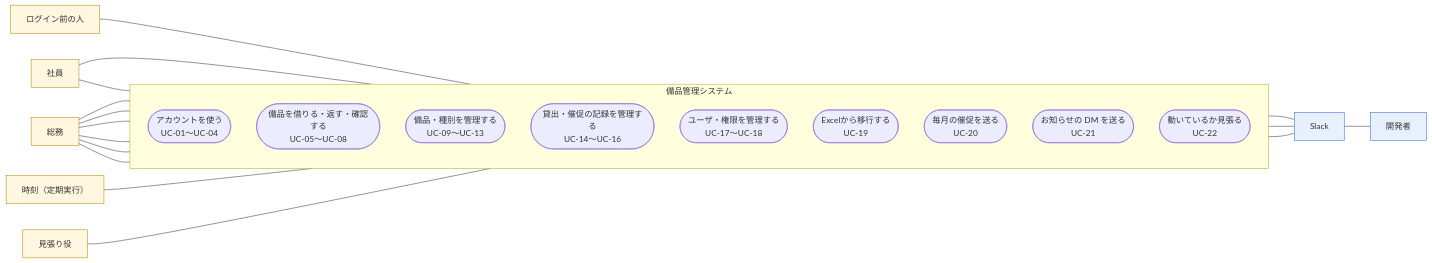
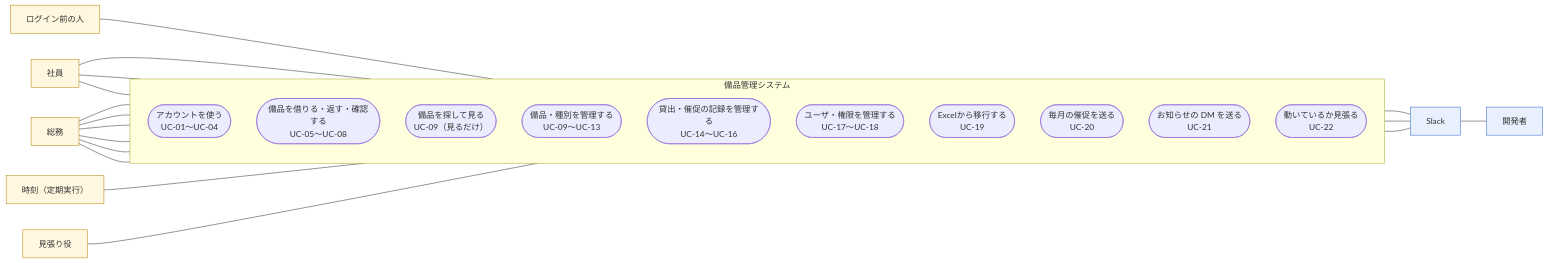
Before and after one commit to sekiyak611/EquipmentManagementSystem_Document: the first of 4 diagrams in externaldesign/ユースケース図.md, drawn with Mermaid. The commit also changed other lines of this file and 13 other files, not shown here.

````diff
--- a/externaldesign/ユースケース図.md
+++ b/externaldesign/ユースケース図.md
@@ -36,42 +36,44 @@
 ```mermaid
 flowchart LR
     classDef actor fill:#fff7e0,stroke:#b8860b,color:#333
     classDef ext fill:#e8f0fe,stroke:#3367d6,color:#333
 
     ANON["ログイン前の人"]:::actor
     EMP["社員"]:::actor
     ADM["総務"]:::actor
     TIMER["時刻（定期実行）"]:::actor
     SLACK["Slack"]:::ext
     WATCH["見張り役"]:::actor
     DEV["開発者"]:::ext
 
     subgraph SYS["備品管理システム"]
         direction TB
         G1(["アカウントを使う<br/>UC-01〜UC-04"])
         G2(["備品を借りる・返す・確認する<br/>UC-05〜UC-08"])
+        G10(["備品を探して見る<br/>UC-09（見るだけ）"])
         G3(["備品・種別を管理する<br/>UC-09〜UC-13"])
         G4(["貸出・催促の記録を管理する<br/>UC-14〜UC-16"])
         G5(["ユーザ・権限を管理する<br/>UC-17〜UC-18"])
         G6(["Excelから移行する<br/>UC-19"])
         G7(["毎月の催促を送る<br/>UC-20"])
         G8(["お知らせの DM を送る<br/>UC-21"])
         G9(["動いているか見張る<br/>UC-22"])
     end
 
     ANON --- G1
     EMP --- G1
     EMP --- G2
+    EMP --- G10
     ADM --- G1
     ADM --- G2
     ADM --- G3
     ADM --- G4
     ADM --- G5
     ADM --- G6
     TIMER --- G7
     G7 --- SLACK
     G8 --- SLACK
     G9 --- SLACK
     WATCH --- G9
     SLACK --- DEV
 ```
````
